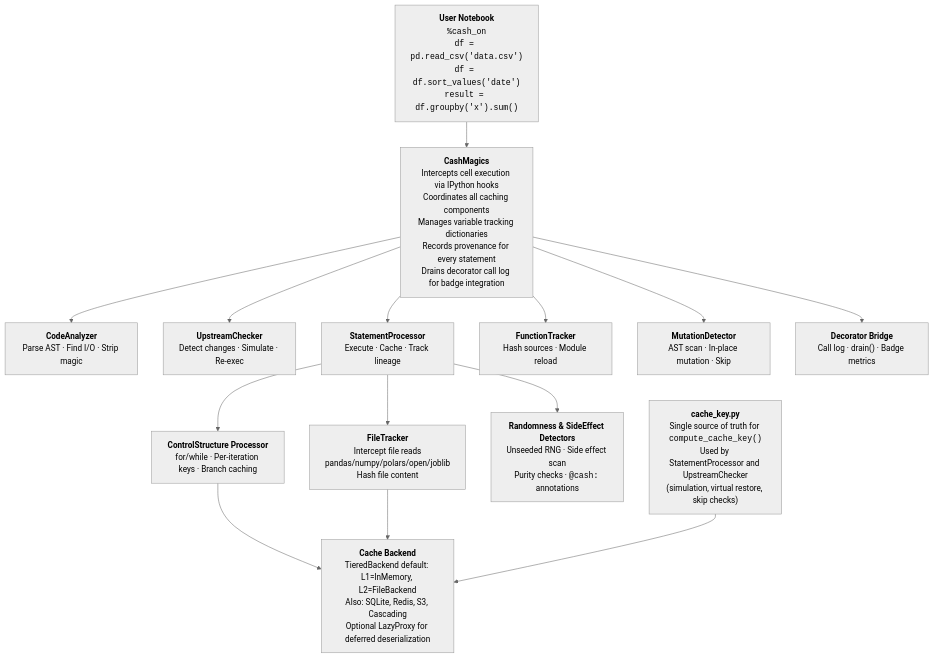
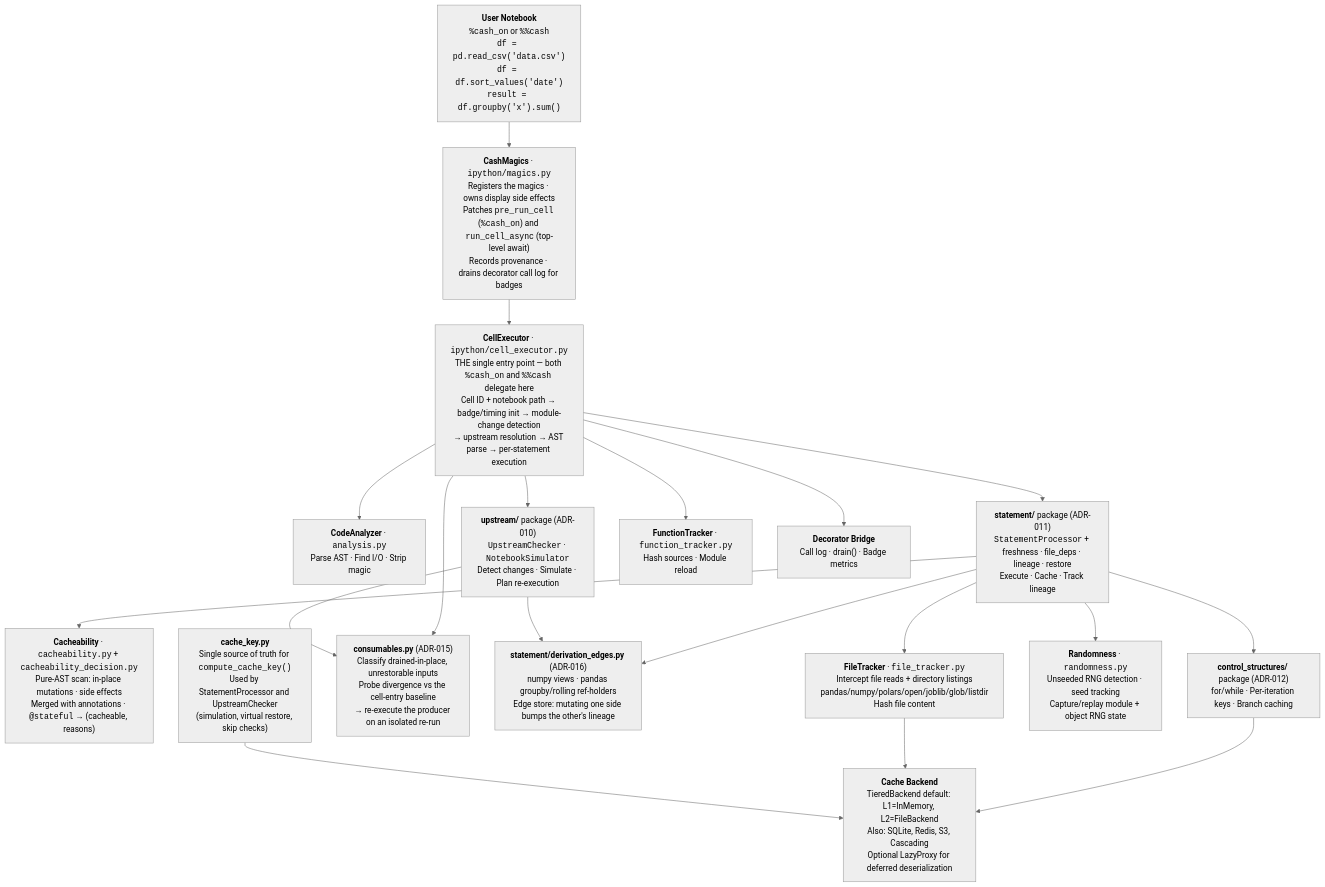
The first of 14 diagrams in docs/notebook_caching_technical.md (galgtonold/cash), drawn with Mermaid (neutral theme) before and after one commit. The commit also changed other lines of this file and 3 other files, not shown here.

````diff
--- a/docs/notebook_caching_technical.md
+++ b/docs/notebook_caching_technical.md
@@ -54,23 +55,28 @@
 ```mermaid
 flowchart TD
-    NB["<b>User Notebook</b><br/><code>%cash_on</code><br/><code>df = pd.read_csv('data.csv')</code><br/><code>df = df.sort_values('date')</code><br/><code>result = df.groupby('x').sum()</code>"]
-    MAGICS["<b>CashMagics</b><br/>Intercepts cell execution via IPython hooks<br/>Coordinates all caching components<br/>Manages variable tracking dictionaries<br/>Records provenance for every statement<br/>Drains decorator call log for badge integration"]
-    CA["<b>CodeAnalyzer</b><br/>Parse AST · Find I/O · Strip magic"]
-    UC["<b>UpstreamChecker</b><br/>Detect changes · Simulate · Re-exec"]
-    SP["<b>StatementProcessor</b><br/>Execute · Cache · Track lineage"]
-    FT["<b>FunctionTracker</b><br/>Hash sources · Module reload"]
-    MD["<b>MutationDetector</b><br/>AST scan · In-place mutation · Skip"]
+    NB["<b>User Notebook</b><br/><code>%cash_on</code> or <code>%%cash</code><br/><code>df = pd.read_csv('data.csv')</code><br/><code>df = df.sort_values('date')</code><br/><code>result = df.groupby('x').sum()</code>"]
+    MAGICS["<b>CashMagics</b> · <code>ipython/magics.py</code><br/>Registers the magics · owns display side effects<br/>Patches <code>pre_run_cell</code> (<code>%cash_on</code>) and <code>run_cell_async</code> (top-level await)<br/>Records provenance · drains decorator call log for badges"]
+    CE["<b>CellExecutor</b> · <code>ipython/cell_executor.py</code><br/>THE single entry point — both <code>%cash_on</code> and <code>%%cash</code> delegate here<br/>Cell ID + notebook path → badge/timing init → module-change detection<br/>→ upstream resolution → AST parse → per-statement execution"]
+    CA["<b>CodeAnalyzer</b> · <code>analysis.py</code><br/>Parse AST · Find I/O · Strip magic"]
+    UC["<b>upstream/</b> package (ADR-010)<br/><code>UpstreamChecker</code> · <code>NotebookSimulator</code><br/>Detect changes · Simulate · Plan re-execution"]
+    SP["<b>statement/</b> package (ADR-011)<br/><code>StatementProcessor</code> + freshness · file_deps · lineage · restore<br/>Execute · Cache · Track lineage"]
+    FT["<b>FunctionTracker</b> · <code>function_tracker.py</code><br/>Hash sources · Module reload"]
+    MC["<b>Cacheability</b> · <code>cacheability.py</code> + <code>cacheability_decision.py</code><br/>Pure-AST scan: in-place mutations · side effects<br/>Merged with annotations · <code>@stateful</code> → (cacheable, reasons)"]
     DB["<b>Decorator Bridge</b><br/>Call log · drain() · Badge metrics"]
-    CS["<b>ControlStructure Processor</b><br/>for/while · Per-iteration keys · Branch caching"]
-    FILE["<b>FileTracker</b><br/>Intercept file reads<br/>pandas/numpy/polars/open/joblib<br/>Hash file content"]
-    RAND["<b>Randomness & SideEffect Detectors</b><br/>Unseeded RNG · Side effect scan<br/>Purity checks · <code>@cash:</code> annotations"]
+    CS["<b>control_structures/</b> package (ADR-012)<br/>for/while · Per-iteration keys · Branch caching"]
+    CONS["<b>consumables.py</b> (ADR-015)<br/>Classify drained-in-place, unrestorable inputs<br/>Probe divergence vs the cell-entry baseline<br/>→ re-execute the producer on an isolated re-run"]
+    DE["<b>statement/derivation_edges.py</b> (ADR-016)<br/>numpy views · pandas groupby/rolling ref-holders<br/>Edge store: mutating one side bumps the other's lineage"]
+    FILE["<b>FileTracker</b> · <code>file_tracker.py</code><br/>Intercept file reads + directory listings<br/>pandas/numpy/polars/open/joblib/glob/listdir<br/>Hash file content"]
+    RAND["<b>Randomness</b> · <code>randomness.py</code><br/>Unseeded RNG detection · seed tracking<br/>Capture/replay module + object RNG state"]
     BACK["<b>Cache Backend</b><br/>TieredBackend default: L1=InMemory, L2=FileBackend<br/>Also: SQLite, Redis, S3, Cascading<br/>Optional LazyProxy for deferred deserialization"]
     KEY["<b>cache_key.py</b><br/>Single source of truth for <code>compute_cache_key()</code><br/>Used by StatementProcessor and UpstreamChecker<br/>(simulation, virtual restore, skip checks)"]
 
     NB --> MAGICS
-    MAGICS --> CA & UC & SP & FT & MD & DB
-    SP --> CS & FILE & RAND
+    MAGICS --> CE
+    CE --> CA & UC & SP & FT & DB & CONS
+    SP --> CS & FILE & RAND & MC & DE
+    UC --> CONS & DE
     CS --> BACK
     FILE --> BACK
     KEY --> BACK
 ```
````
